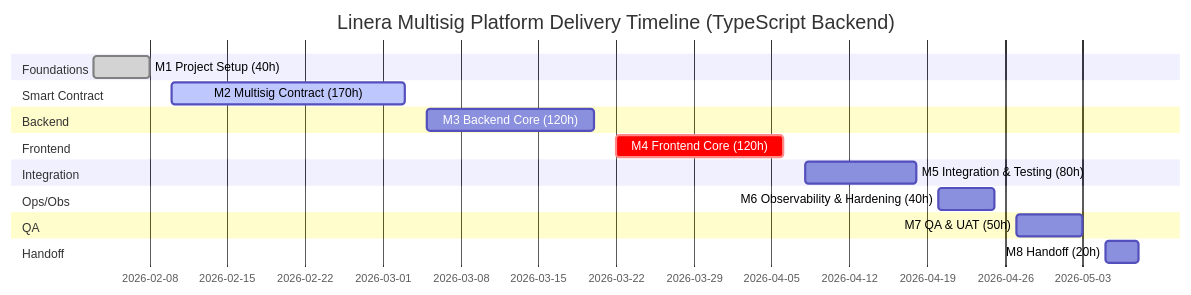
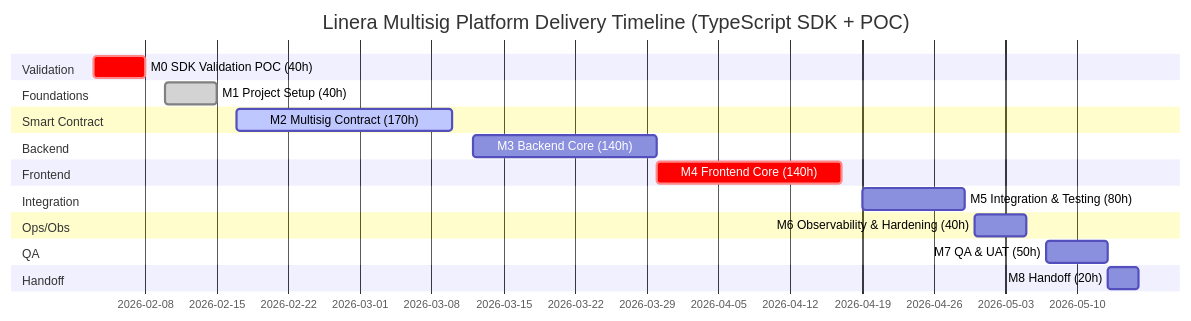
The third of 3 diagrams in docs/PROPOSAL/linera-multisig-platform-proposal.md (keyper-labs/linera.dev), drawn with Mermaid before and after one commit. The commit also changed other lines of this file, not shown here.

First line of the commit message:
docs: update proposal with SDK validation POC, corrected timeline to 720h

````diff
--- a/docs/PROPOSAL/linera-multisig-platform-proposal.md
+++ b/docs/PROPOSAL/linera-multisig-platform-proposal.md
@@ -420,29 +460,32 @@
 ```mermaid
 gantt
     dateFormat YYYY-MM-DD
-    title Linera Multisig Platform Delivery Timeline (TypeScript Backend)
+    title Linera Multisig Platform Delivery Timeline (TypeScript SDK + POC)
+
+    section Validation
+    M0 SDK Validation POC (40h)       :crit,    m0, 2026-02-03, 5d
 
     section Foundations
-    M1 Project Setup (40h)           :done,    m1, 2026-02-03, 5d
+    M1 Project Setup (40h)           :done,    m1, 2026-02-10, 5d
 
     section Smart Contract
-    M2 Multisig Contract (170h)      :active,  m2, 2026-02-10, 21d
+    M2 Multisig Contract (170h)      :active,  m2, 2026-02-17, 21d
 
     section Backend
-    M3 Backend Core (120h)           :         m3, 2026-03-05, 15d
+    M3 Backend Core (140h)           :         m3, 2026-03-12, 18d
 
     section Frontend
-    M4 Frontend Core (120h)          :crit,    m4, 2026-03-22, 15d
+    M4 Frontend Core (140h)          :crit,    m4, 2026-03-30, 18d
 
     section Integration
-    M5 Integration & Testing (80h)    :         m5, 2026-04-08, 10d
+    M5 Integration & Testing (80h)    :         m5, 2026-04-19, 10d
 
     section Ops/Obs
-    M6 Observability & Hardening (40h) :        m6, 2026-04-20, 5d
+    M6 Observability & Hardening (40h) :        m6, 2026-04-30, 5d
 
     section QA
-    M7 QA & UAT (50h)                :         m7, 2026-04-27, 6d
+    M7 QA & UAT (50h)                :         m7, 2026-05-07, 6d
 
     section Handoff
-    M8 Handoff (20h)                 :         m8, 2026-05-05, 3d
+    M8 Handoff (20h)                 :         m8, 2026-05-13, 3d
 ```
````
